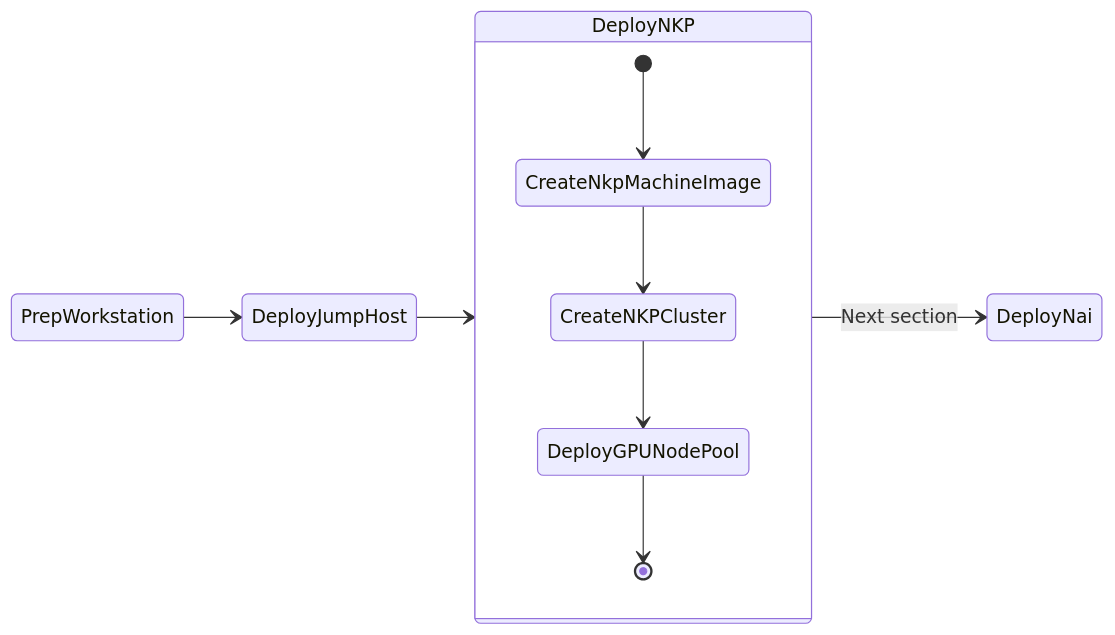
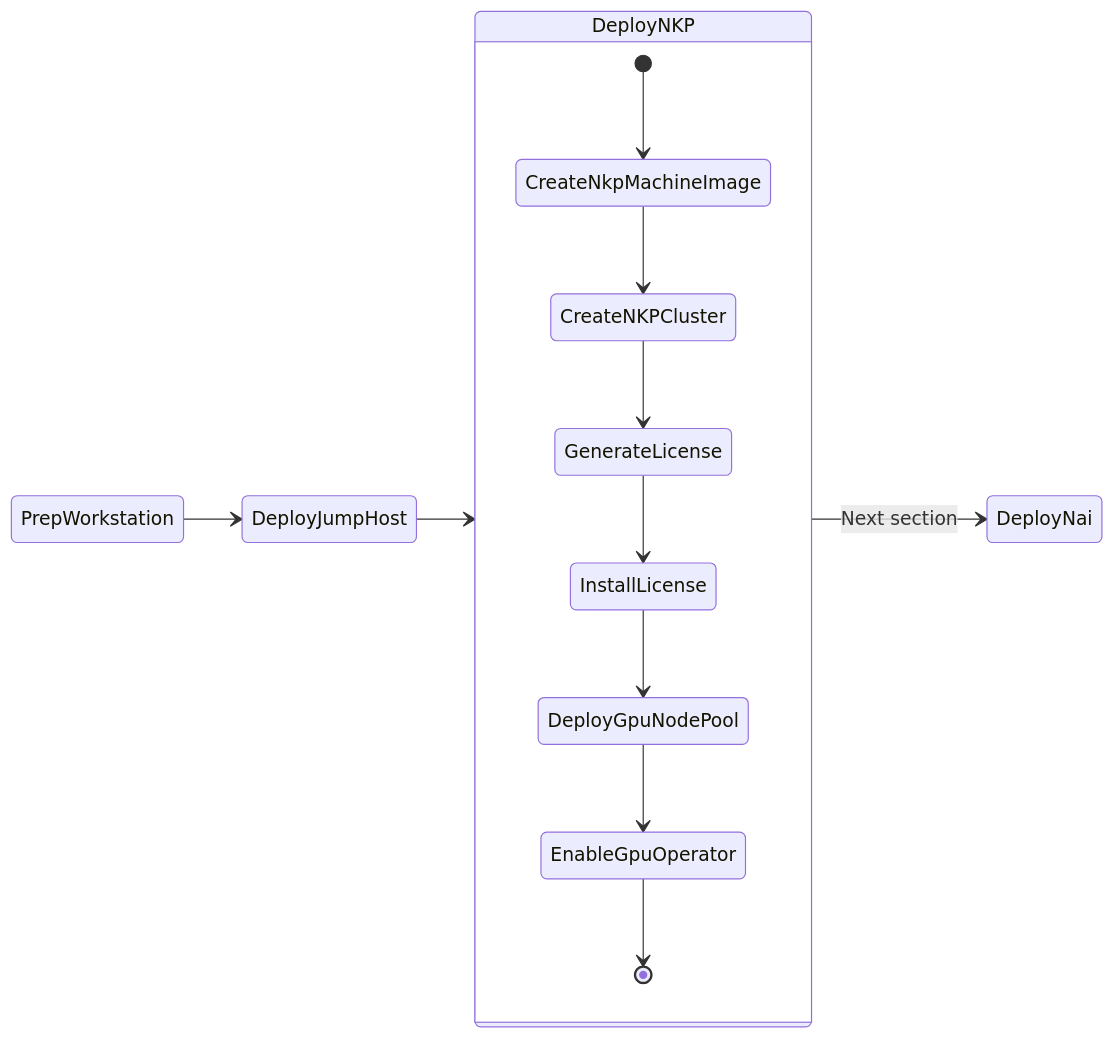
Before and after one commit to nutanix-japan/nai-llm: the diagram in docs/infra/infra_nkp.md, drawn with Mermaid. The commit also changed other lines of this file and 1 other file, not shown here.

Commit message:
fix: licensing, sizing and gpu sections

````diff
--- a/docs/infra/infra_nkp.md
+++ b/docs/infra/infra_nkp.md
@@ -7,15 +7,18 @@
 ```mermaid
 stateDiagram-v2
     direction LR
     
     state DeployNKP {
         [*] --> CreateNkpMachineImage
         CreateNkpMachineImage --> CreateNKPCluster
-        CreateNKPCluster --> DeployGPUNodePool
-        DeployGPUNodePool --> [*]
+        CreateNKPCluster --> GenerateLicense
+        GenerateLicense --> InstallLicense
+        InstallLicense --> DeployGpuNodePool
+        DeployGpuNodePool --> EnableGpuOperator
+        EnableGpuOperator --> [*]
     }
 
     PrepWorkstation --> DeployJumpHost 
     DeployJumpHost --> DeployNKP 
     DeployNKP --> DeployNai : Next section
 ```
````
